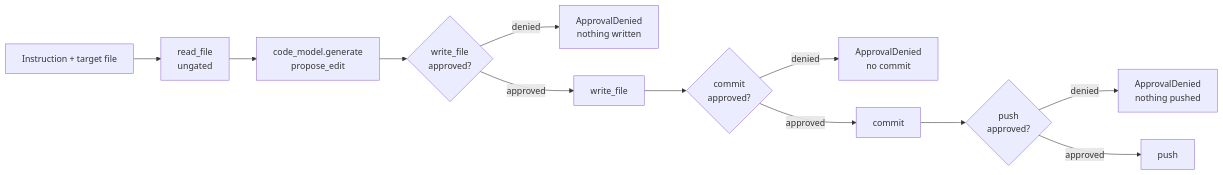
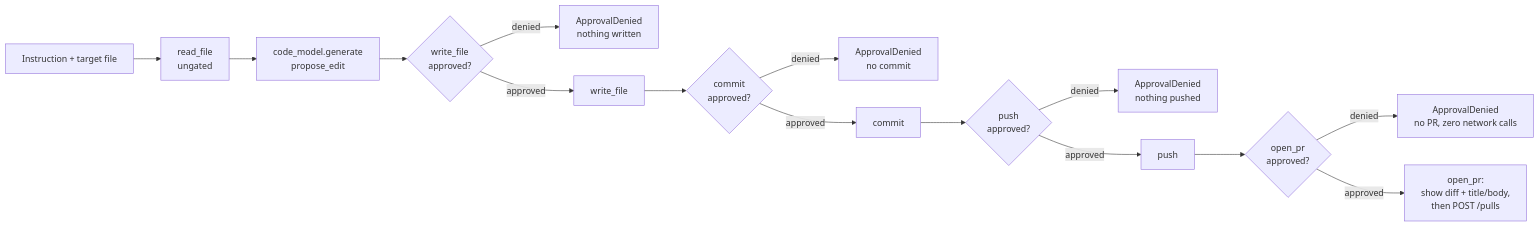
The third of 3 diagrams in WORKFLOW.md (ranjithpotlapelly/forge), drawn with Mermaid before and after one commit. The commit also changed other lines of this file and 21 other files, not shown here.

````diff
--- a/WORKFLOW.md
+++ b/WORKFLOW.md
@@ -162,14 +177,17 @@
 ```mermaid
 flowchart LR
     I[Instruction + target file] --> RD[read_file<br/>ungated]
     RD --> P[code_model.generate<br/>propose_edit]
     P --> G{write_file<br/>approved?}
     G -->|denied| D1[ApprovalDenied<br/>nothing written]
     G -->|approved| W[write_file]
     W --> G2{commit<br/>approved?}
     G2 -->|denied| D2[ApprovalDenied<br/>no commit]
     G2 -->|approved| C[commit]
     C --> G3{push<br/>approved?}
     G3 -->|denied| D3[ApprovalDenied<br/>nothing pushed]
     G3 -->|approved| PU[push]
+    PU --> G4{open_pr<br/>approved?}
+    G4 -->|denied| D4[ApprovalDenied<br/>no PR, zero network calls]
+    G4 -->|approved| OP[open_pr:<br/>show diff + title/body,<br/>then POST /pulls]
 ```
````
